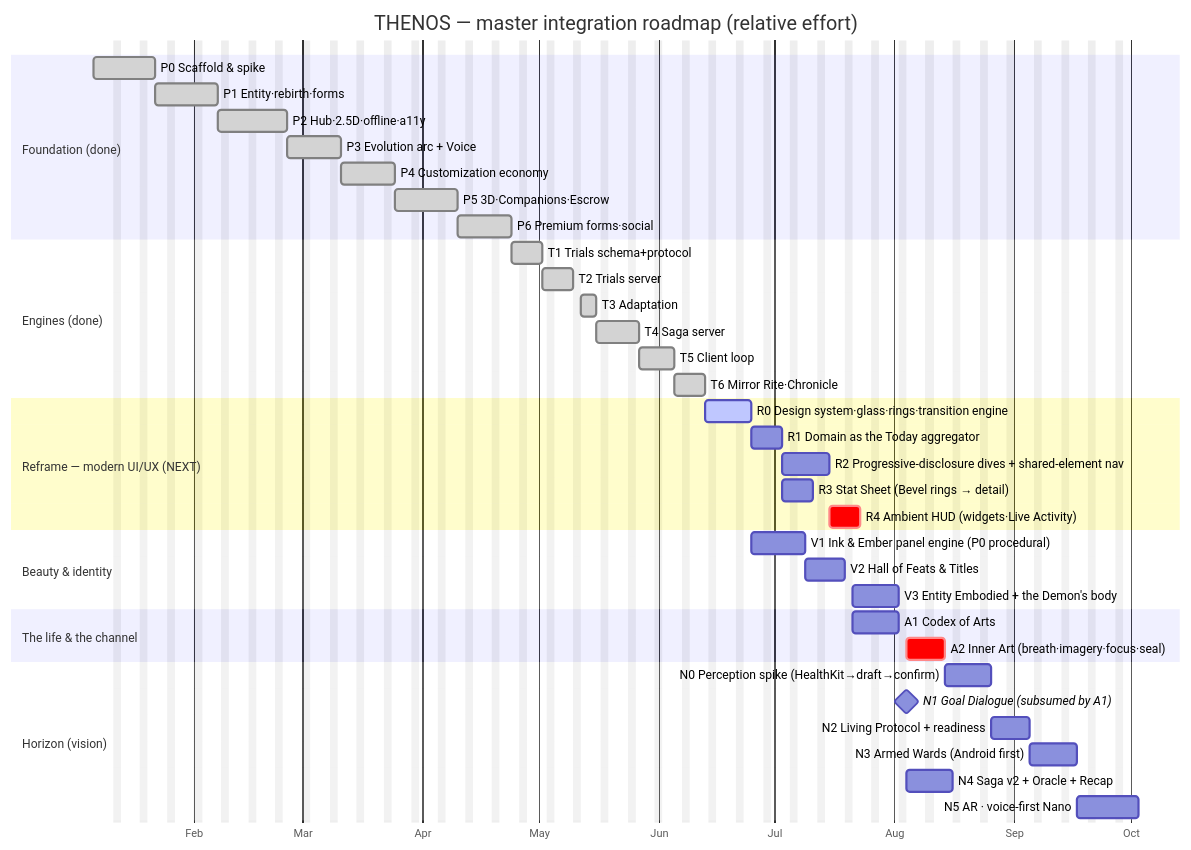
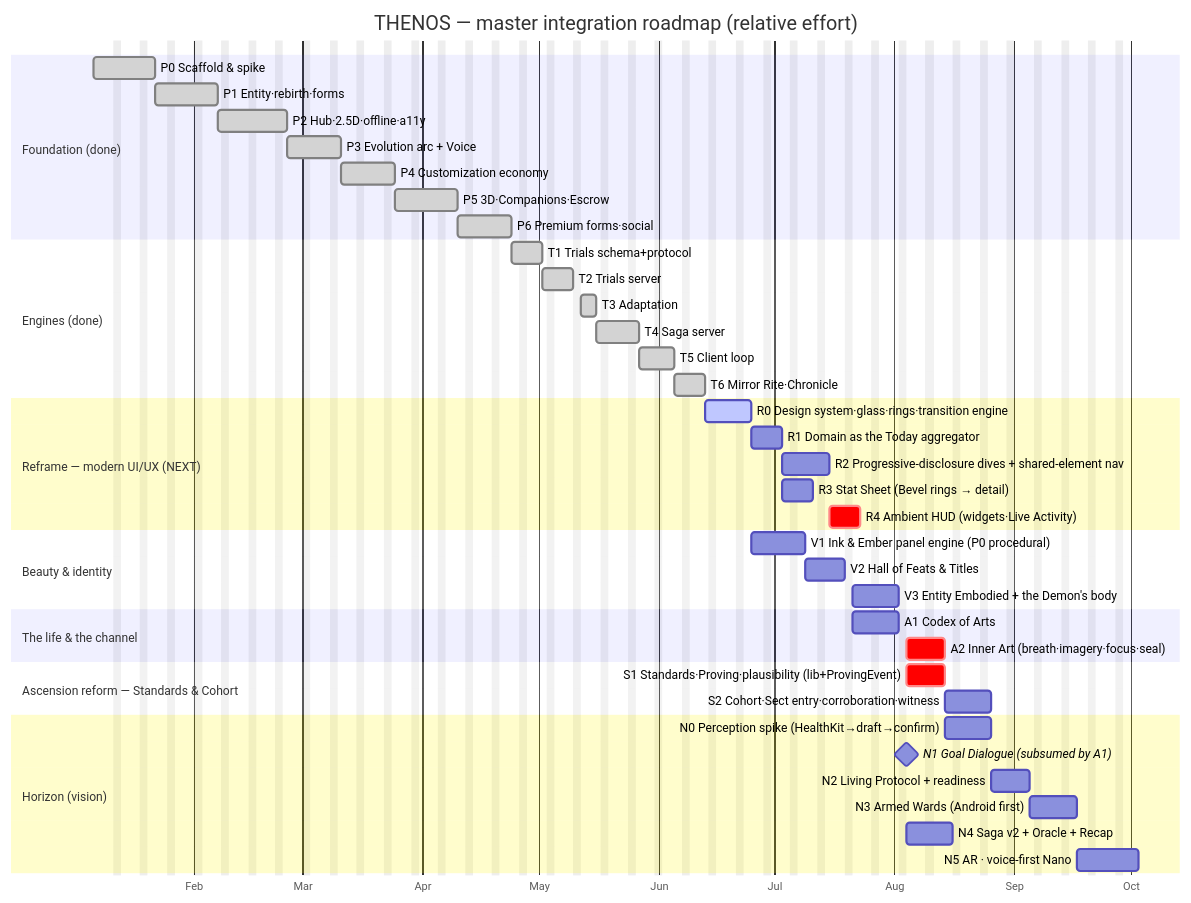
The ninth of 11 diagrams in docs/MASTER_BLUEPRINT.md (AndreMoodley/thenos), drawn with Mermaid before and after one commit. The commit also changed other lines of this file and 5 other files, not shown here.

````diff
--- a/docs/MASTER_BLUEPRINT.md
+++ b/docs/MASTER_BLUEPRINT.md
@@ -407,48 +407,52 @@
 ```mermaid
 gantt
   title THENOS — master integration roadmap (relative effort)
   dateFormat YYYY-MM-DD
   axisFormat %b
   excludes weekends
 
   section Foundation (done)
     P0 Scaffold & spike        :done, p0, 2025-01-06, 12d
     P1 Entity·rebirth·forms    :done, p1, after p0, 12d
     P2 Hub·2.5D·offline·a11y   :done, p2, after p1, 12d
     P3 Evolution arc + Voice   :done, p3, after p2, 10d
     P4 Customization economy   :done, p4, after p3, 10d
     P5 3D·Companions·Escrow    :done, p5, after p4, 12d
     P6 Premium forms·social    :done, p6, after p5, 10d
 
   section Engines (done)
     T1 Trials schema+protocol  :done, t1, after p6, 6d
     T2 Trials server           :done, t2, after t1, 6d
     T3 Adaptation              :done, t3, after t2, 4d
     T4 Saga server             :done, t4, after t3, 7d
     T5 Client loop             :done, t5, after t4, 7d
     T6 Mirror Rite·Chronicle   :done, t6, after t5, 6d
 
   section Reframe — modern UI/UX (NEXT)
     R0 Design system·glass·rings·transition engine :active, r0, after t6, 8d
     R1 Domain as the Today aggregator              :r1, after r0, 6d
     R2 Progressive-disclosure dives + shared-element nav :r2, after r1, 8d
     R3 Stat Sheet (Bevel rings → detail)           :r3, after r1, 6d
     R4 Ambient HUD (widgets·Live Activity)         :crit, r4, after r2, 6d
 
   section Beauty & identity
     V1 Ink & Ember panel engine (P0 procedural)    :v1, after r0, 10d
     V2 Hall of Feats & Titles                      :v2, after v1, 8d
     V3 Entity Embodied + the Demon's body          :v3, after v2, 10d
 
   section The life & the channel
     A1 Codex of Arts                               :a1, after v2, 10d
     A2 Inner Art (breath·imagery·focus·seal)       :crit, a2, after a1, 8d
 
+  section Ascension reform — Standards & Cohort
+    S1 Standards·Proving·plausibility (lib+ProvingEvent) :crit, s1, after a1, 8d
+    S2 Cohort·Sect entry·corroboration·witness         :s2, after s1, 8d
+
   section Horizon (vision)
     N0 Perception spike (HealthKit→draft→confirm)  :n0, after a2, 8d
     N1 Goal Dialogue (subsumed by A1)              :milestone, after a1, 0d
     N2 Living Protocol + readiness                 :n2, after n0, 8d
     N3 Armed Wards (Android first)                 :n3, after n2, 8d
     N4 Saga v2 + Oracle + Recap                    :n4, after v3, 10d
     N5 AR · voice-first Nano                       :n5, after n3, 12d
 ```
````
